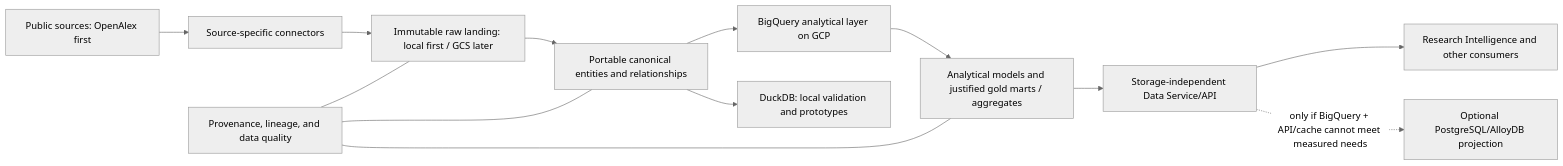
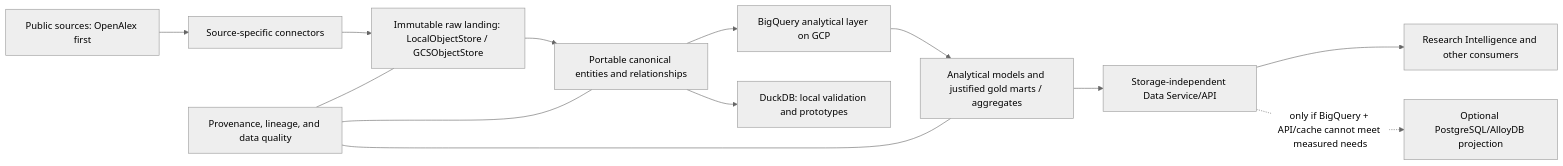
One commit to agilandeenadhayalan41/research-intelligence-data-platform changed the diagram in README.md. Above: the diagram before and after it, drawn with Mermaid (neutral theme). The commit also changed other lines of this file and 12 other files, not shown here.

First line of the commit message:
Implement GCS ObjectStore backend with create-only semantics for #9.

````diff
--- a/README.md
+++ b/README.md
@@ -90,15 +94,15 @@
 ```mermaid
 flowchart LR
     Sources["Public sources: OpenAlex first"] --> Connectors["Source-specific connectors"]
-    Connectors --> Raw["Immutable raw landing: local first / GCS later"]
+    Connectors --> Raw["Immutable raw landing: LocalObjectStore / GCSObjectStore"]
     Raw --> Canonical["Portable canonical entities and relationships"]
     Canonical --> BigQuery["BigQuery analytical layer on GCP"]
     Canonical --> DuckDB["DuckDB: local validation and prototypes"]
     BigQuery --> Models["Analytical models and justified gold marts / aggregates"]
     Models --> API["Storage-independent Data Service/API"]
     API --> Consumers["Research Intelligence and other consumers"]
     API -. "only if BigQuery + API/cache cannot meet measured needs" .-> Optional["Optional PostgreSQL/AlloyDB projection"]
     Governance["Provenance, lineage, and data quality"] --- Raw
     Governance --- Canonical
     Governance --- Models
 ```
````
